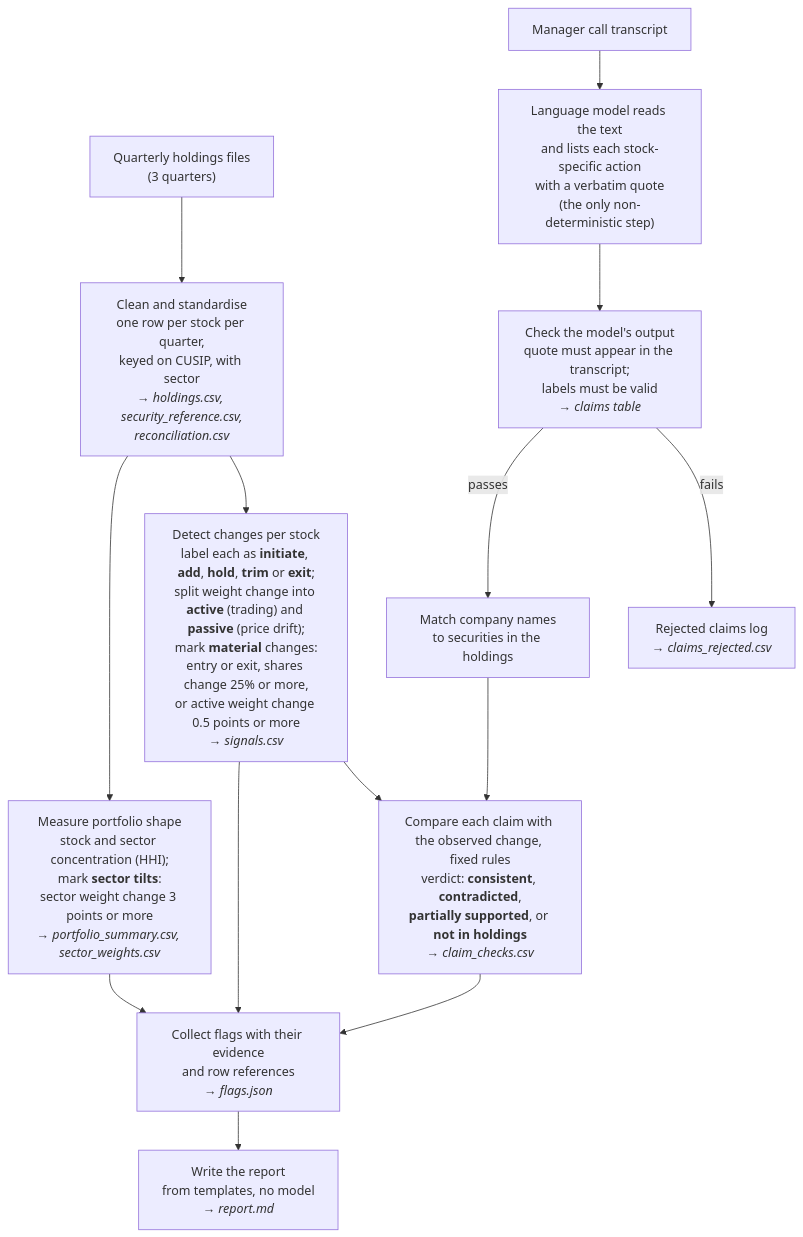
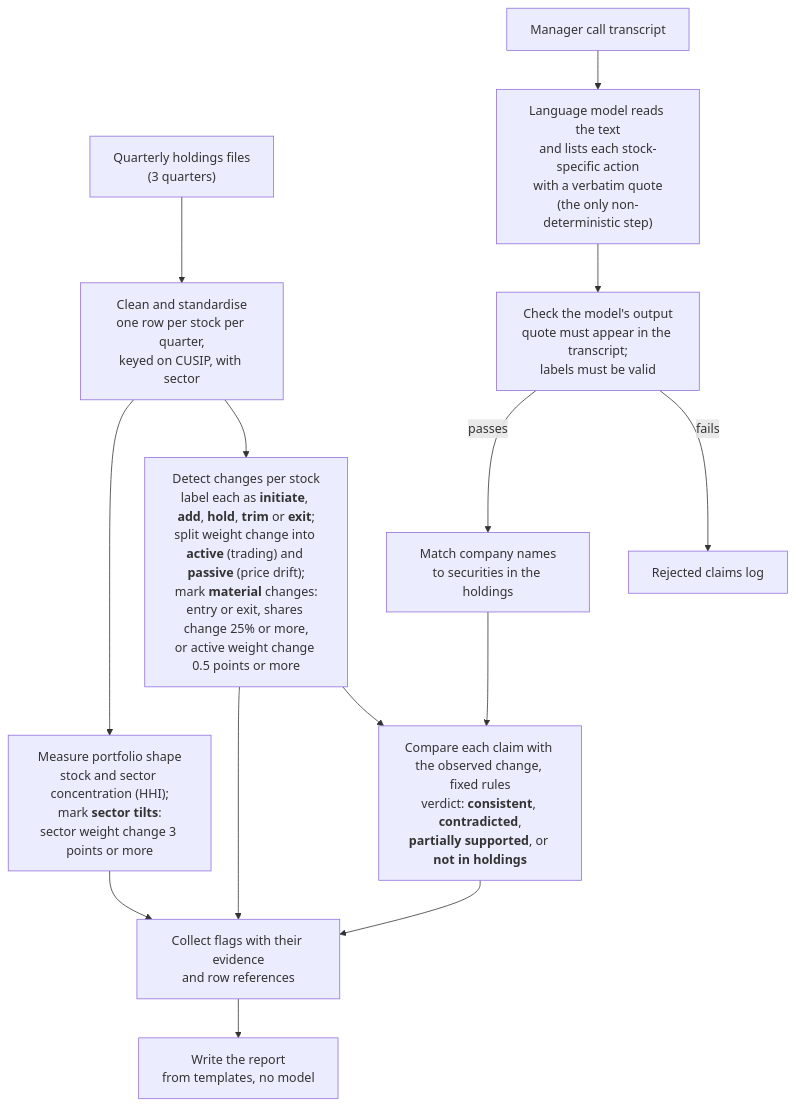
Before and after one commit to adamdu001/portfolio-agent: the diagram in BRIEF.md, drawn with Mermaid.

Commit message:
Drop output names from flowchart

````diff
--- a/BRIEF.md
+++ b/BRIEF.md
@@ -5,16 +5,16 @@
 ```mermaid
 flowchart TD
-    H["Quarterly holdings files<br/>(3 quarters)"] --> A["Clean and standardise<br/>one row per stock per quarter,<br/>keyed on CUSIP, with sector<br/><i>→ holdings.csv, security_reference.csv,<br/>reconciliation.csv</i>"]
-    A --> B["Detect changes per stock<br/>label each as <b>initiate</b>, <b>add</b>, <b>hold</b>, <b>trim</b> or <b>exit</b>;<br/>split weight change into <b>active</b> (trading) and <b>passive</b> (price drift);<br/>mark <b>material</b> changes:<br/>entry or exit, shares change 25% or more,<br/>or active weight change 0.5 points or more<br/><i>→ signals.csv</i>"]
-    A --> C["Measure portfolio shape<br/>stock and sector concentration (HHI);<br/>mark <b>sector tilts</b>:<br/>sector weight change 3 points or more<br/><i>→ portfolio_summary.csv, sector_weights.csv</i>"]
+    H["Quarterly holdings files<br/>(3 quarters)"] --> A["Clean and standardise<br/>one row per stock per quarter,<br/>keyed on CUSIP, with sector"]
+    A --> B["Detect changes per stock<br/>label each as <b>initiate</b>, <b>add</b>, <b>hold</b>, <b>trim</b> or <b>exit</b>;<br/>split weight change into <b>active</b> (trading) and <b>passive</b> (price drift);<br/>mark <b>material</b> changes:<br/>entry or exit, shares change 25% or more,<br/>or active weight change 0.5 points or more"]
+    A --> C["Measure portfolio shape<br/>stock and sector concentration (HHI);<br/>mark <b>sector tilts</b>:<br/>sector weight change 3 points or more"]
     T["Manager call transcript"] --> X["Language model reads the text<br/>and lists each stock-specific action<br/>with a verbatim quote<br/>(the only non-deterministic step)"]
-    X --> V["Check the model's output<br/>quote must appear in the transcript;<br/>labels must be valid<br/><i>→ claims table</i>"]
-    V -->|fails| R["Rejected claims log<br/><i>→ claims_rejected.csv</i>"]
+    X --> V["Check the model's output<br/>quote must appear in the transcript;<br/>labels must be valid"]
+    V -->|fails| R["Rejected claims log"]
     V -->|passes| M["Match company names<br/>to securities in the holdings"]
-    M --> D["Compare each claim with the observed change, fixed rules<br/>verdict: <b>consistent</b>, <b>contradicted</b>,<br/><b>partially supported</b>, or <b>not in holdings</b><br/><i>→ claim_checks.csv</i>"]
+    M --> D["Compare each claim with the observed change, fixed rules<br/>verdict: <b>consistent</b>, <b>contradicted</b>,<br/><b>partially supported</b>, or <b>not in holdings</b>"]
     B --> D
-    B --> F["Collect flags with their evidence<br/>and row references<br/><i>→ flags.json</i>"]
+    B --> F["Collect flags with their evidence<br/>and row references"]
     C --> F
     D --> F
-    F --> O["Write the report<br/>from templates, no model<br/><i>→ report.md</i>"]
+    F --> O["Write the report<br/>from templates, no model"]
 ```
````
